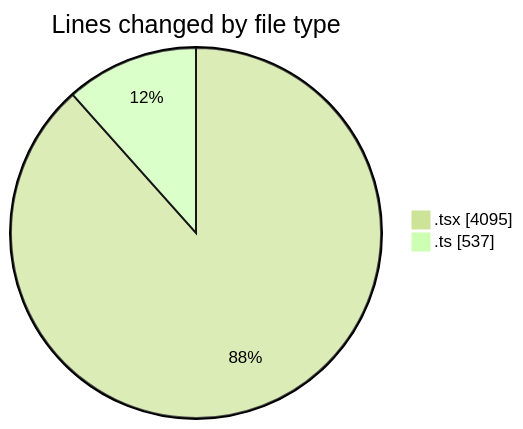
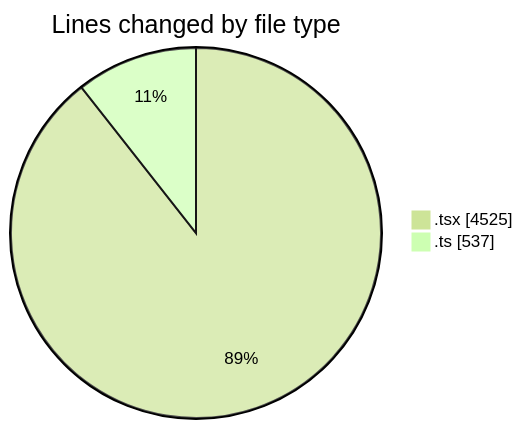
The first of 2 diagrams in 2026-03-10/nxtqube_webapp/README.md (nxtqubesakshisongat/code-tracking), drawn with Mermaid (forest theme) before and after one commit. The commit also changed other lines of this file and 1 other file, not shown here.

````diff
--- a/2026-03-10/nxtqube_webapp/README.md
+++ b/2026-03-10/nxtqube_webapp/README.md
@@ -27,6 +29,6 @@
 ```mermaid
 pie showData
 title Lines changed by file type
-".tsx" : 4095
+".tsx" : 4525
 ".ts" : 537
 ```
````
